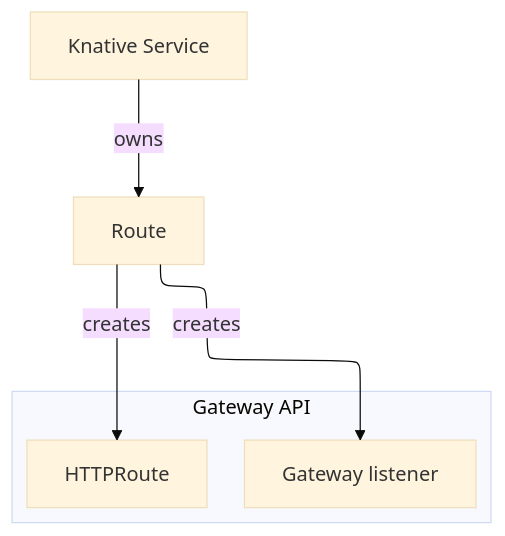
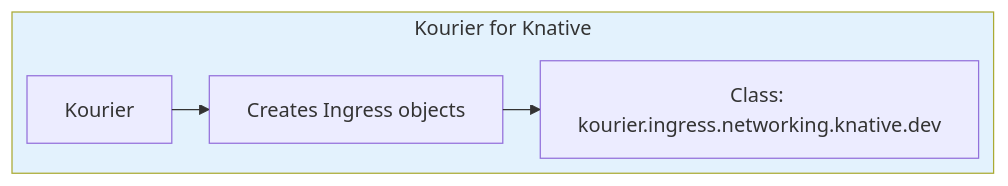
One commit to knative/docs changed the first of 4 diagrams in docs/versioned/serving/config-network-adapters.md. Above: the diagram before and after it, drawn with Mermaid. The commit also changed other lines of this file, not shown here.

````diff
--- a/docs/versioned/serving/config-network-adapters.md
+++ b/docs/versioned/serving/config-network-adapters.md
@@ -40,15 +40,16 @@
     ```mermaid
     ---
     config:
-      theme: base
+      theme: default
       layout: elk
-      look: classic
     ---
-    flowchart TB
-     subgraph s1["Gateway API"]
-        HR["HTTPRoute"]
-        GW["Gateway listener"]
+    flowchart LR
+     subgraph Kourier["Kourier for Knative"]
+            K2["Creates Ingress objects"]
+            K1["Kourier"]
+            K3["Class: kourier.ingress.networking.knative.dev"]
       end
-        KSvc["Knative Service"] -- owns --> Route["Route"]
-        Route -- creates --> HR & GW
+        K1 --> K2
+        K2 --> K3
+        style Kourier fill:#e3f2fd
     ```
````
